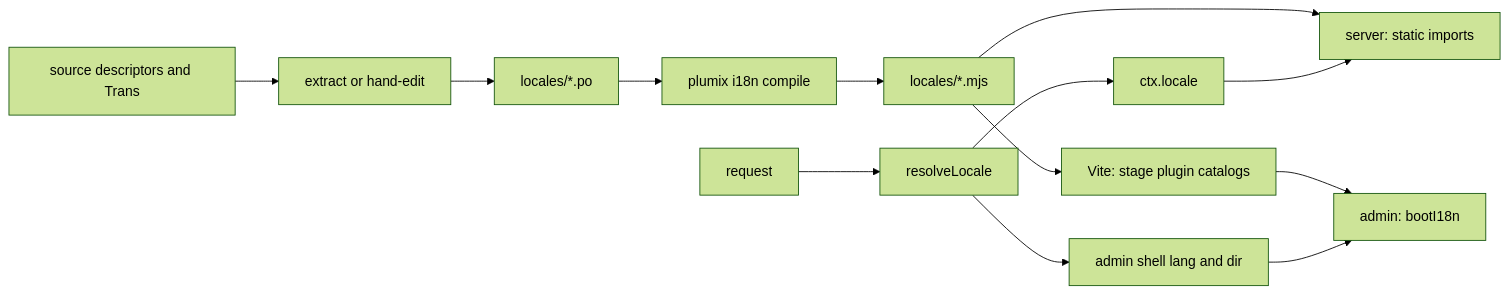
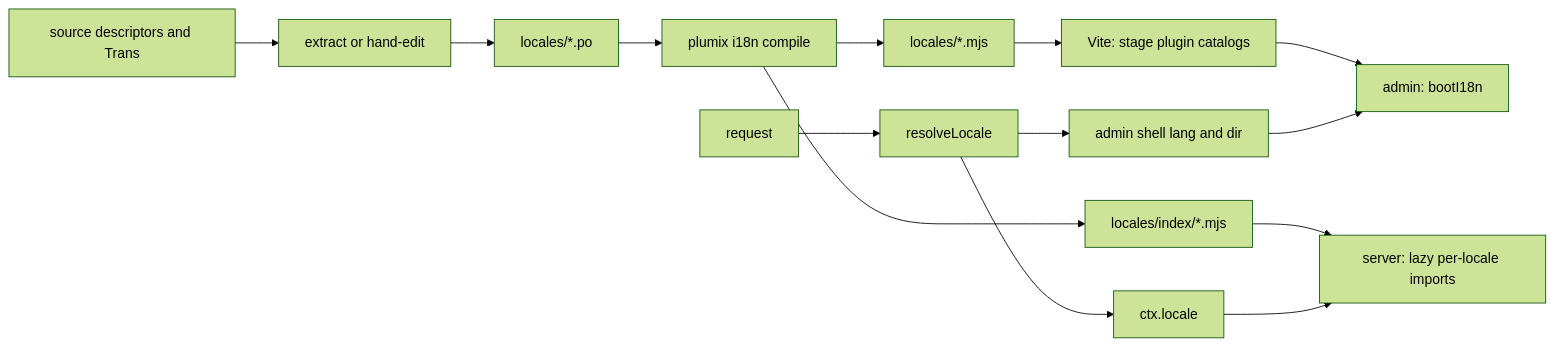
One commit to withplumix/plumix changed the diagram in docs/architecture/i18n.md. Above: the diagram before and after it, drawn with Mermaid (forest theme). The commit also changed other lines of this file and 25 other files, not shown here.

First line of the commit message:
feat(core): discover core's shipped locales from its .po files and load catalogs per locale

````diff
--- a/docs/architecture/i18n.md
+++ b/docs/architecture/i18n.md
@@ -7,15 +7,16 @@
 ```mermaid
 flowchart LR
   src["source descriptors and Trans"] --> ext["extract or hand-edit"]
   ext --> po["locales/*.po"]
   po --> cmp["plumix i18n compile"]
   cmp --> mjs["locales/*.mjs"]
-  mjs --> srv["server: static imports"]
+  cmp --> idx["locales/index/*.mjs"]
+  idx --> srv["server: lazy per-locale imports"]
   mjs --> vite["Vite: stage plugin catalogs"]
   vite --> adm["admin: bootI18n"]
   req["request"] --> rl["resolveLocale"]
   rl --> ctx["ctx.locale"]
   ctx --> srv
   rl --> shell["admin shell lang and dir"]
   shell --> adm
 ```
````
